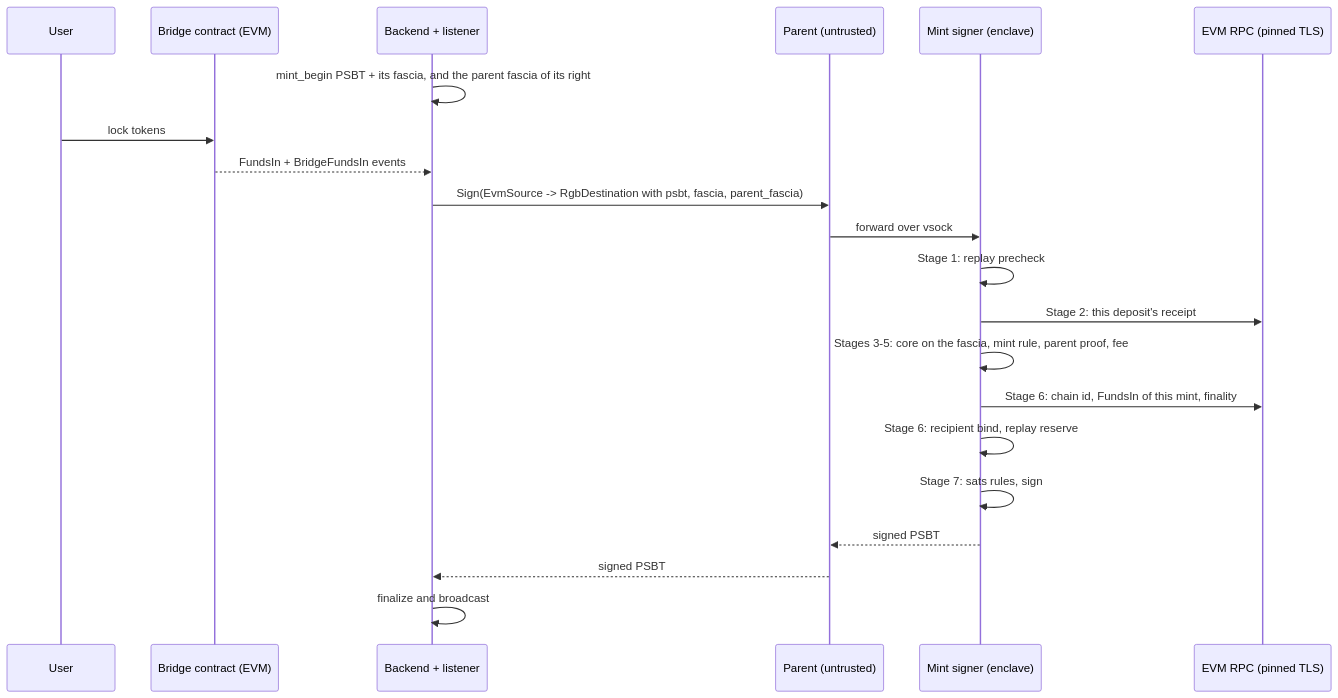
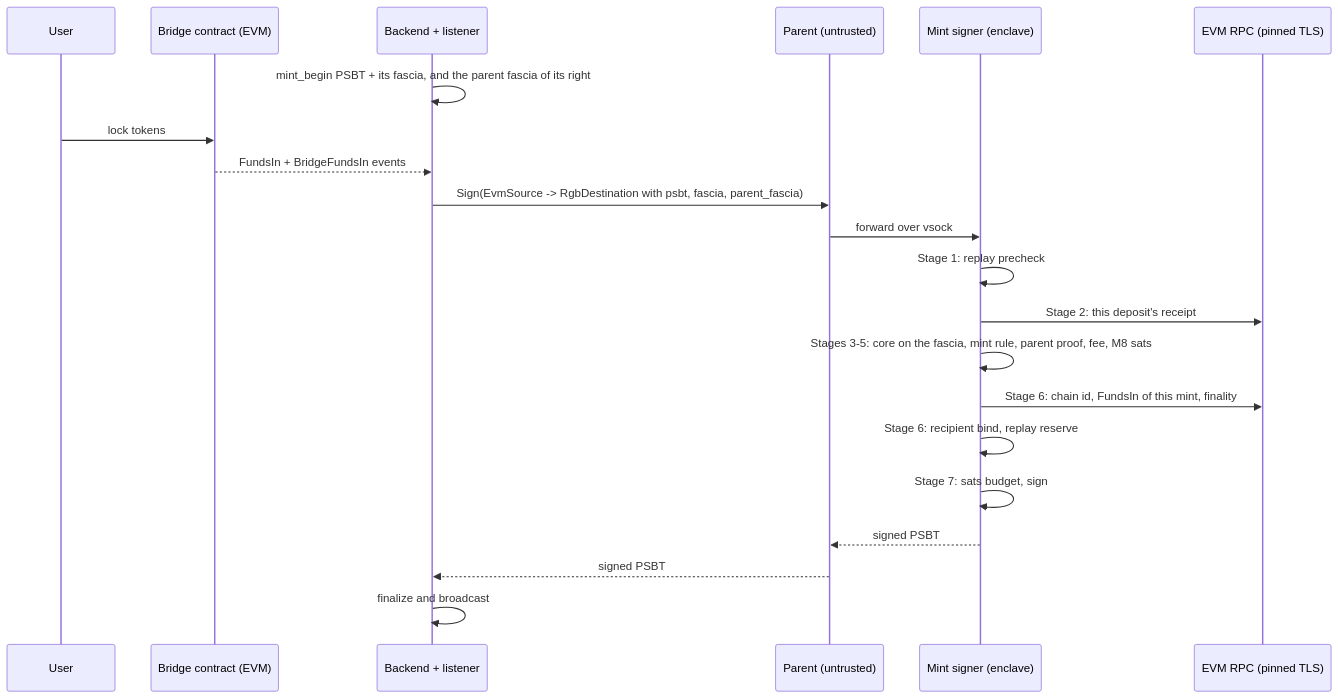
One commit to UTEXO-Protocol/enclave-signer changed the diagram in docs/mint-flow.md. Above: the diagram before and after it, drawn with Mermaid. The commit also changed other lines of this file and 19 other files, not shown here.

````diff
--- a/docs/mint-flow.md
+++ b/docs/mint-flow.md
@@ -88,24 +88,24 @@
 ```mermaid
 sequenceDiagram
     participant U as User
     participant C as Bridge contract (EVM)
     participant L as Backend + listener
     participant P as Parent (untrusted)
     participant E as Mint signer (enclave)
     participant R as EVM RPC (pinned TLS)
 
     L->>L: mint_begin PSBT + its fascia, and the parent fascia of its right
     U->>C: lock tokens
     C-->>L: FundsIn + BridgeFundsIn events
     L->>P: Sign(EvmSource -> RgbDestination with psbt, fascia, parent_fascia)
     P->>E: forward over vsock
     E->>E: Stage 1: replay precheck
     E->>R: Stage 2: this deposit's receipt
-    E->>E: Stages 3-5: core on the fascia, mint rule, parent proof, fee
+    E->>E: Stages 3-5: core on the fascia, mint rule, parent proof, fee, M8 sats
     E->>R: Stage 6: chain id, FundsIn of this mint, finality
     E->>E: Stage 6: recipient bind, replay reserve
-    E->>E: Stage 7: sats rules, sign
+    E->>E: Stage 7: sats budget, sign
     E-->>P: signed PSBT
     P-->>L: signed PSBT
     L->>L: finalize and broadcast
 ```
````
